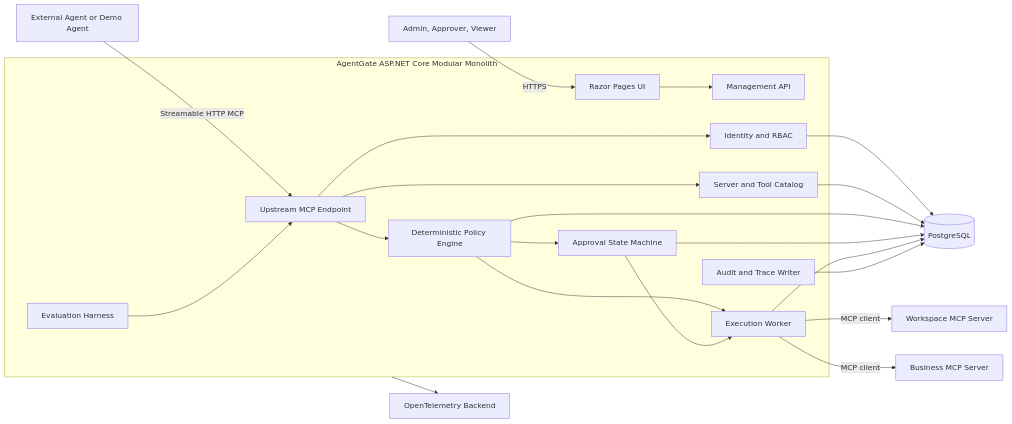
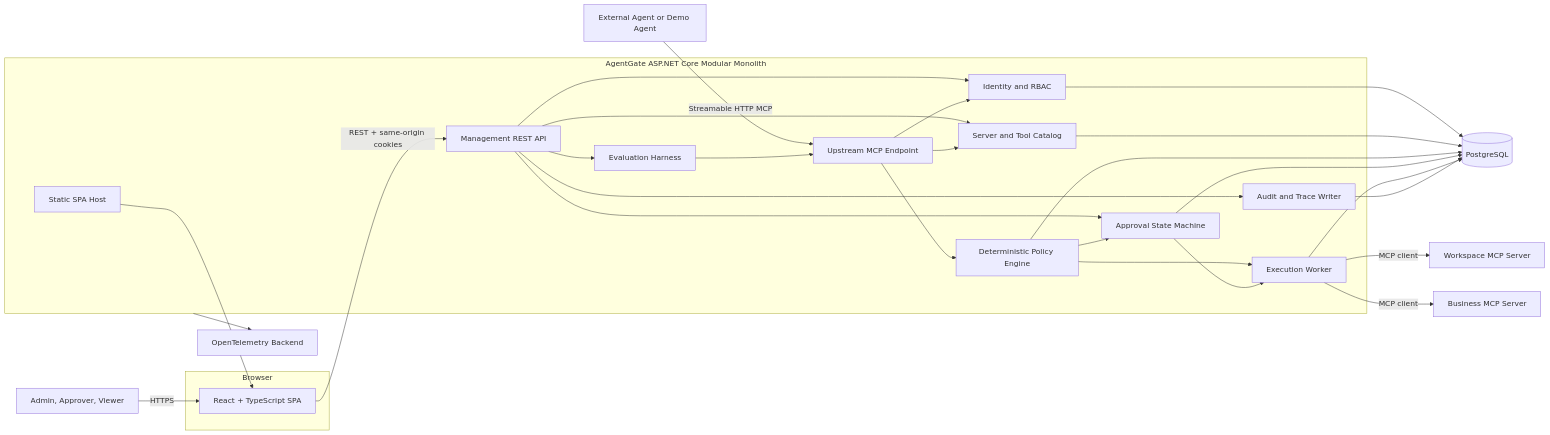
One commit to Aseel-Sh/AgentGate-MCP changed the first of 4 diagrams in docs/architecture.md. Above: the diagram before and after it, drawn with Mermaid. The commit also changed other lines of this file, not shown here.

Commit message:
docs: define React frontend architecture

````diff
--- a/docs/architecture.md
+++ b/docs/architecture.md
@@ -25,45 +28,56 @@
 ```mermaid
 flowchart LR
     Agent[External Agent or Demo Agent]
     User[Admin, Approver, Viewer]
 
+    subgraph Browser[Browser]
+        React[React + TypeScript SPA]
+    end
+
     subgraph Host[AgentGate ASP.NET Core Modular Monolith]
+        Static[Static SPA Host]
+        API[Management REST API]
         MCP[Upstream MCP Endpoint]
-        API[Management API]
-        UI[Razor Pages UI]
         Identity[Identity and RBAC]
         Catalog[Server and Tool Catalog]
         Policy[Deterministic Policy Engine]
         Approval[Approval State Machine]
         Worker[Execution Worker]
         Audit[Audit and Trace Writer]
         Eval[Evaluation Harness]
     end
 
     DB[(PostgreSQL)]
     OTel[OpenTelemetry Backend]
     Workspace[Workspace MCP Server]
     Business[Business MCP Server]
 
+    User -->|HTTPS| React
+    React -->|REST + same-origin cookies| API
+    Static --> React
     Agent -->|Streamable HTTP MCP| MCP
-    User -->|HTTPS| UI
-    UI --> API
+
+    API --> Identity
+    API --> Catalog
+    API --> Approval
+    API --> Audit
+    API --> Eval
 
     MCP --> Identity
     MCP --> Catalog
     MCP --> Policy
     Policy --> Approval
     Policy --> Worker
     Approval --> Worker
     Worker -->|MCP client| Workspace
     Worker -->|MCP client| Business
 
     Identity --> DB
     Catalog --> DB
     Policy --> DB
     Approval --> DB
     Worker --> DB
     Audit --> DB
     Eval --> MCP
     Host --> OTel
 ```
````
